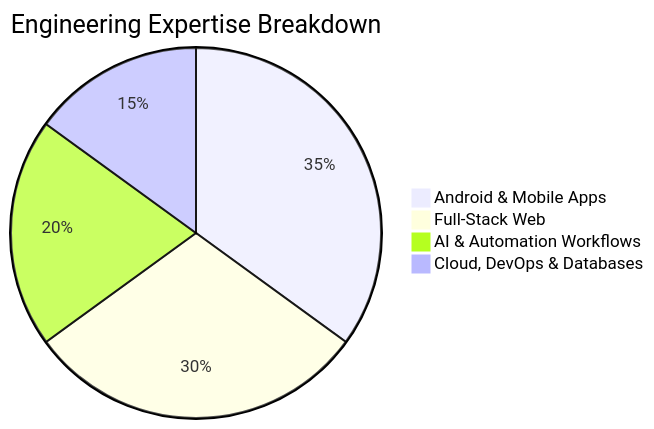
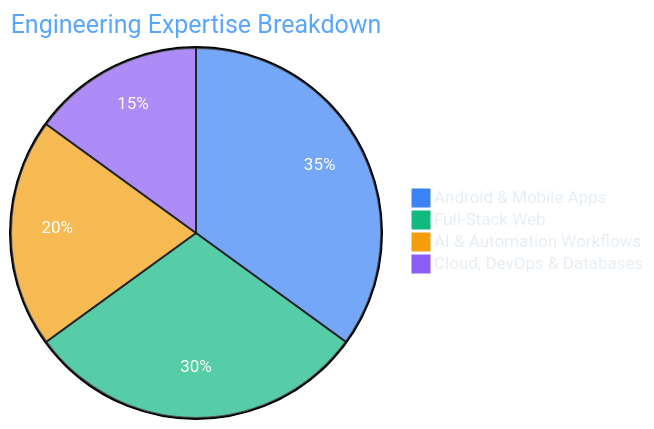
One commit to jayagarwal-github/jayagarwal-github changed the first of 2 diagrams in README.md. Above: the diagram before and after it, drawn with Mermaid.

Commit message:
Apply custom modern color palette to Technical Focus pie chart

````diff
--- a/README.md
+++ b/README.md
@@ -33,7 +33,8 @@
 ```mermaid
+%%{init: {'theme': 'base', 'themeVariables': {'pie1': '#3b82f6', 'pie2': '#10b981', 'pie3': '#f59e0b', 'pie4': '#8b5cf6', 'pieStrokeColor': '#0d1117', 'pieStrokeWidth': '2px', 'pieTitleTextColor': '#58a6ff', 'pieLegendTextColor': '#e6edf3', 'pieSectionTextColor': '#ffffff'}}}%%
 pie title Engineering Expertise Breakdown
     "Android & Mobile Apps" : 35
     "Full-Stack Web" : 30
     "AI & Automation Workflows" : 20
     "Cloud, DevOps & Databases" : 15
 ```
````
